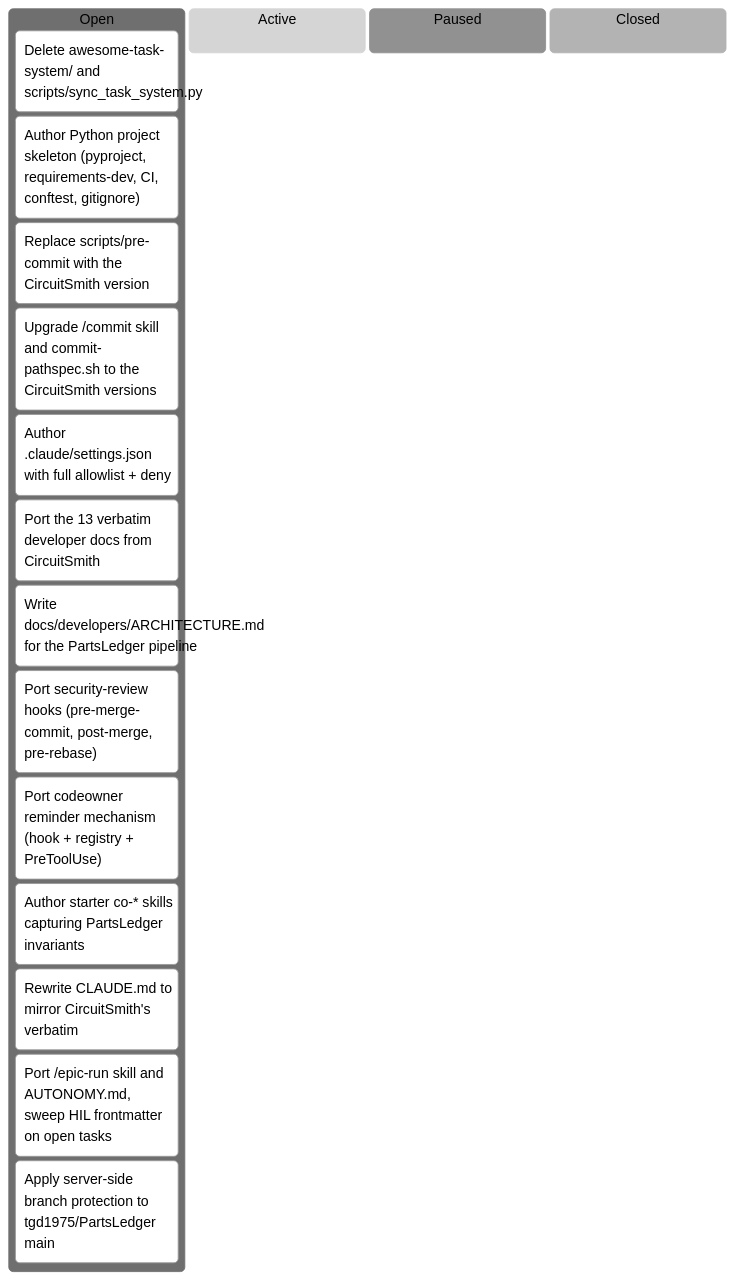
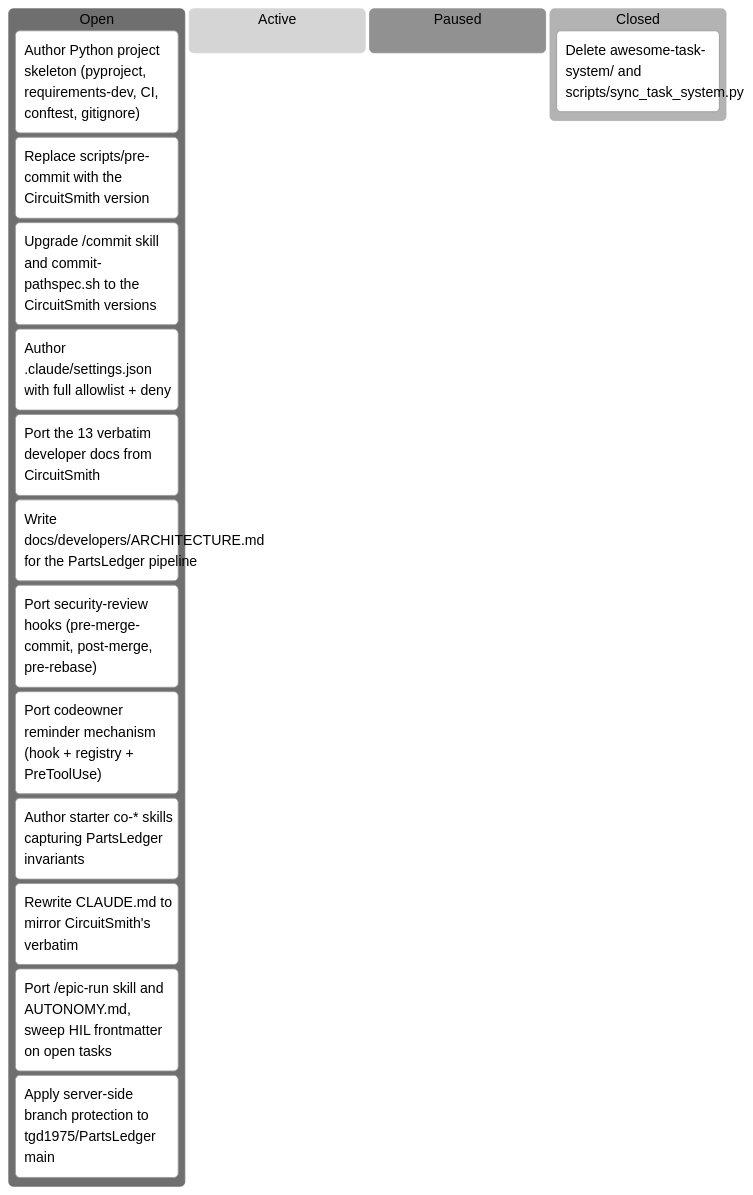
One commit to tgd1975/PartsLedger changed the diagram in docs/developers/tasks/KANBAN.md. Above: the diagram before and after it, drawn with Mermaid (neutral theme). The commit also changed other lines of this file and 35 other files, not shown here.

First line of the commit message:
close TASK-001: Delete awesome-task-system/ and scripts/sync_task_system.py

````diff
--- a/docs/developers/tasks/KANBAN.md
+++ b/docs/developers/tasks/KANBAN.md
@@ -11,20 +11,20 @@
 ```mermaid
 kanban
   Open
-    TASK_001["Delete awesome-task-system/ and scripts/sync_task_system.py"]
     TASK_002["Author Python project skeleton (pyproject, requirements-dev, CI, conftest, gitignore)"]
     TASK_003["Replace scripts/pre-commit with the CircuitSmith version"]
     TASK_004["Upgrade /commit skill and commit-pathspec.sh to the CircuitSmith versions"]
     TASK_005["Author .claude/settings.json with full allowlist + deny"]
     TASK_006["Port the 13 verbatim developer docs from CircuitSmith"]
     TASK_007["Write docs/developers/ARCHITECTURE.md for the PartsLedger pipeline"]
     TASK_008["Port security-review hooks (pre-merge-commit, post-merge, pre-rebase)"]
     TASK_009["Port codeowner reminder mechanism (hook + registry + PreToolUse)"]
     TASK_010["Author starter co-* skills capturing PartsLedger invariants"]
     TASK_011["Rewrite CLAUDE.md to mirror CircuitSmith's verbatim"]
     TASK_012["Port /epic-run skill and AUTONOMY.md, sweep HIL frontmatter on open tasks"]
     TASK_013["Apply server-side branch protection to tgd1975/PartsLedger main"]
   Active
   Paused
   Closed
+    TASK_001["Delete awesome-task-system/ and scripts/sync_task_system.py"]
 ```
````
